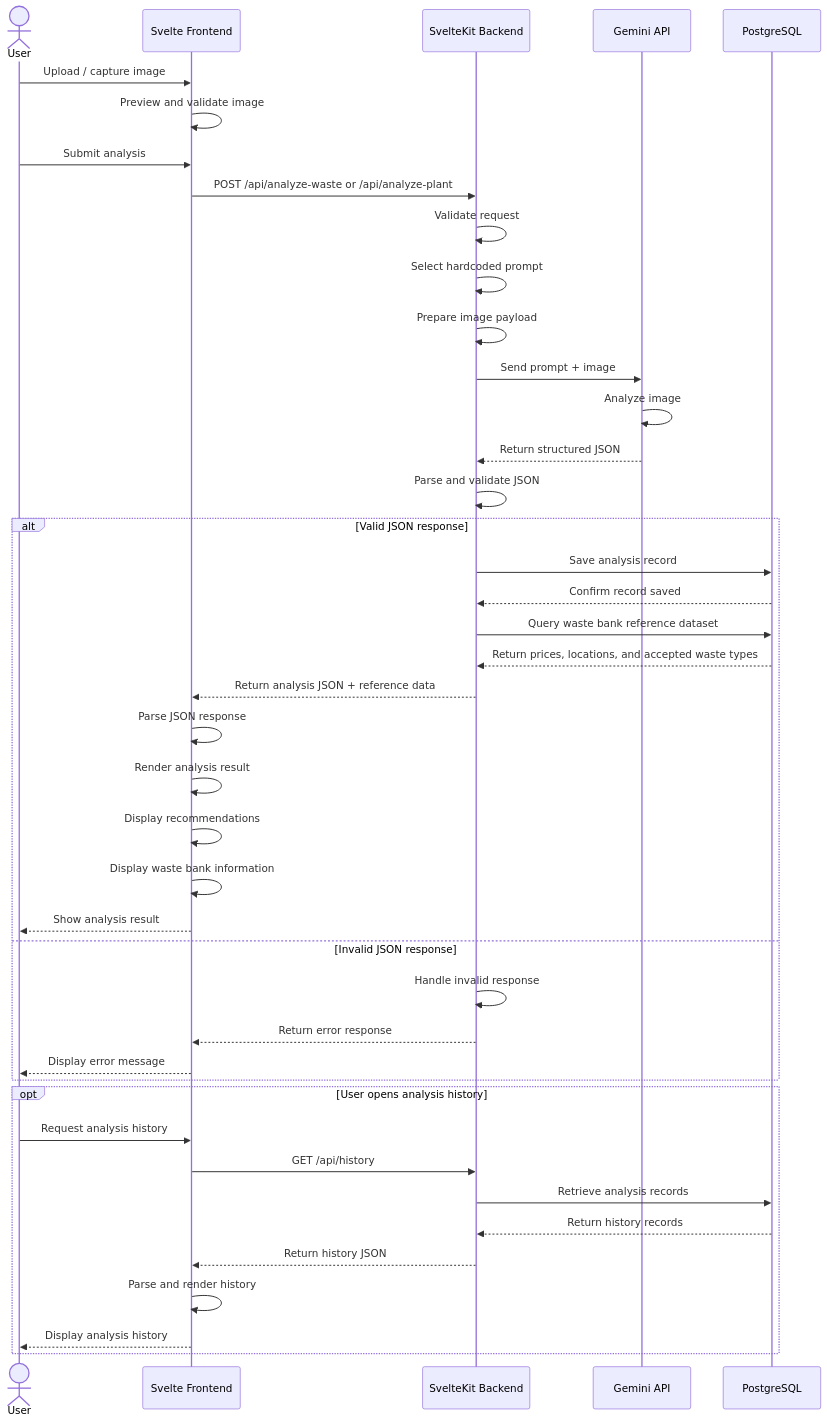
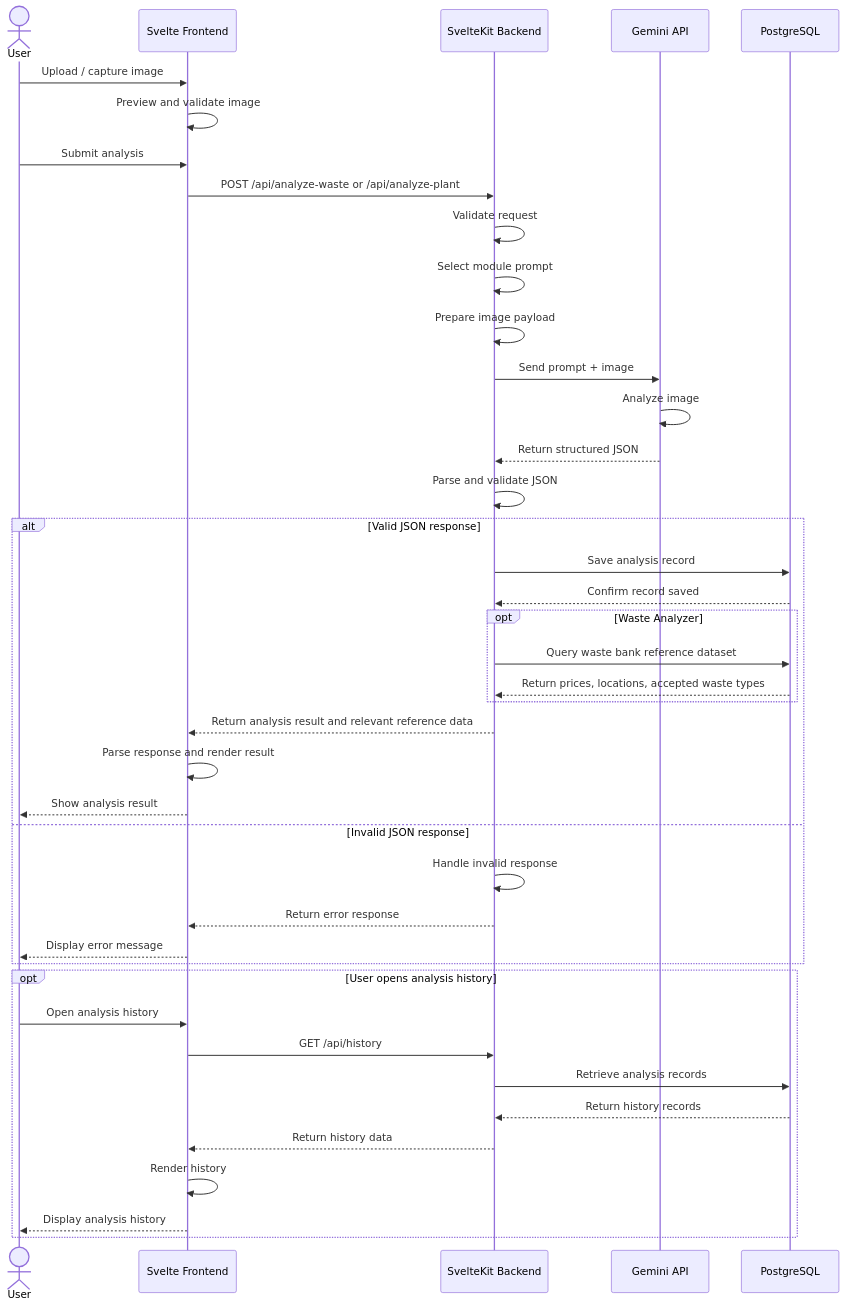
The second of 2 diagrams in README.md (christianxavierVibecode/SustainAI), drawn with Mermaid before and after one commit. The commit also changed other lines of this file, not shown here.

````diff
--- a/README.md
+++ b/README.md
@@ -359,56 +367,51 @@
 ```mermaid
 sequenceDiagram
     actor User
     participant UI as Svelte Frontend
     participant API as SvelteKit Backend
     participant Gemini as Gemini API
     participant DB as PostgreSQL
 
     User->>UI: Upload / capture image
     UI->>UI: Preview and validate image
     User->>UI: Submit analysis
 
     UI->>API: POST /api/analyze-waste or /api/analyze-plant
-
     API->>API: Validate request
-    API->>API: Select hardcoded prompt
+    API->>API: Select module prompt
     API->>API: Prepare image payload
 
     API->>Gemini: Send prompt + image
     Gemini->>Gemini: Analyze image
     Gemini-->>API: Return structured JSON
-
     API->>API: Parse and validate JSON
 
     alt Valid JSON response
         API->>DB: Save analysis record
         DB-->>API: Confirm record saved
 
-        API->>DB: Query waste bank reference dataset
-        DB-->>API: Return prices, locations, and accepted waste types
+        opt Waste Analyzer
+            API->>DB: Query waste bank reference dataset
+            DB-->>API: Return prices, locations, accepted waste types
+        end
 
-        API-->>UI: Return analysis JSON + reference data
-        UI->>UI: Parse JSON response
-        UI->>UI: Render analysis result
-        UI->>UI: Display recommendations
-
-        UI->>UI: Display waste bank information
-
+        API-->>UI: Return analysis result and relevant reference data
+        UI->>UI: Parse response and render result
         UI-->>User: Show analysis result
 
     else Invalid JSON response
         API->>API: Handle invalid response
         API-->>UI: Return error response
         UI-->>User: Display error message
     end
 
     opt User opens analysis history
-        User->>UI: Request analysis history
+        User->>UI: Open analysis history
         UI->>API: GET /api/history
         API->>DB: Retrieve analysis records
         DB-->>API: Return history records
-        API-->>UI: Return history JSON
-        UI->>UI: Parse and render history
+        API-->>UI: Return history data
+        UI->>UI: Render history
         UI-->>User: Display analysis history
     end
 ```
````
